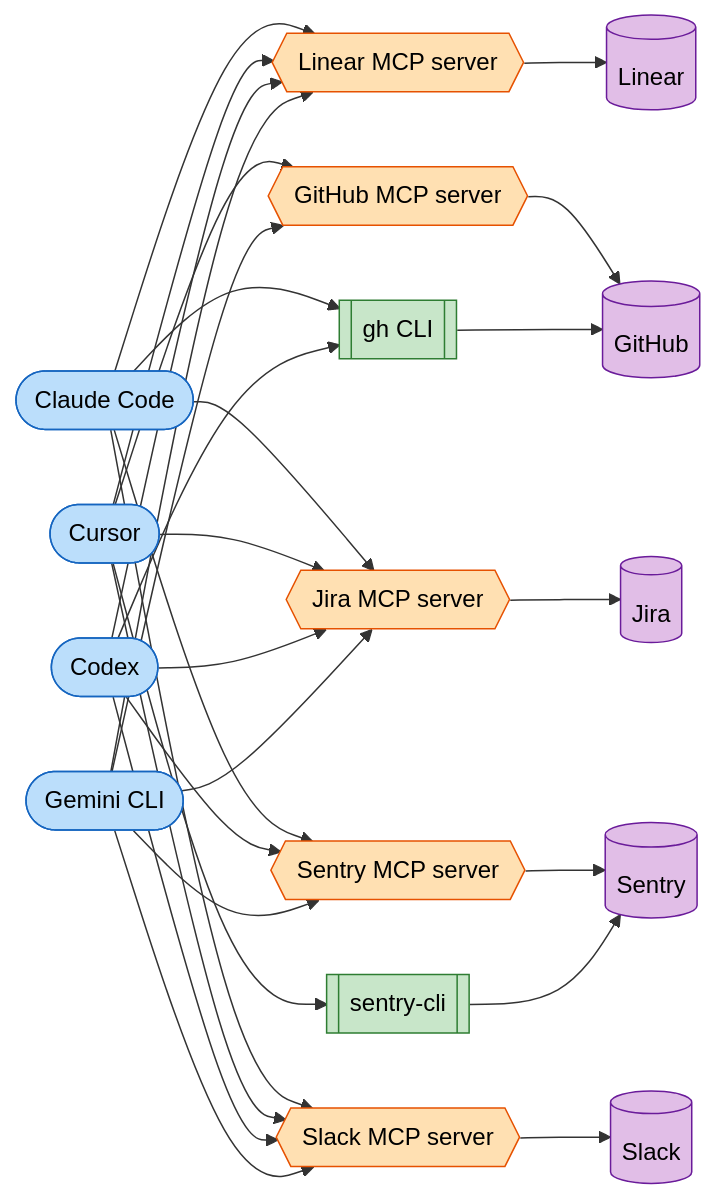
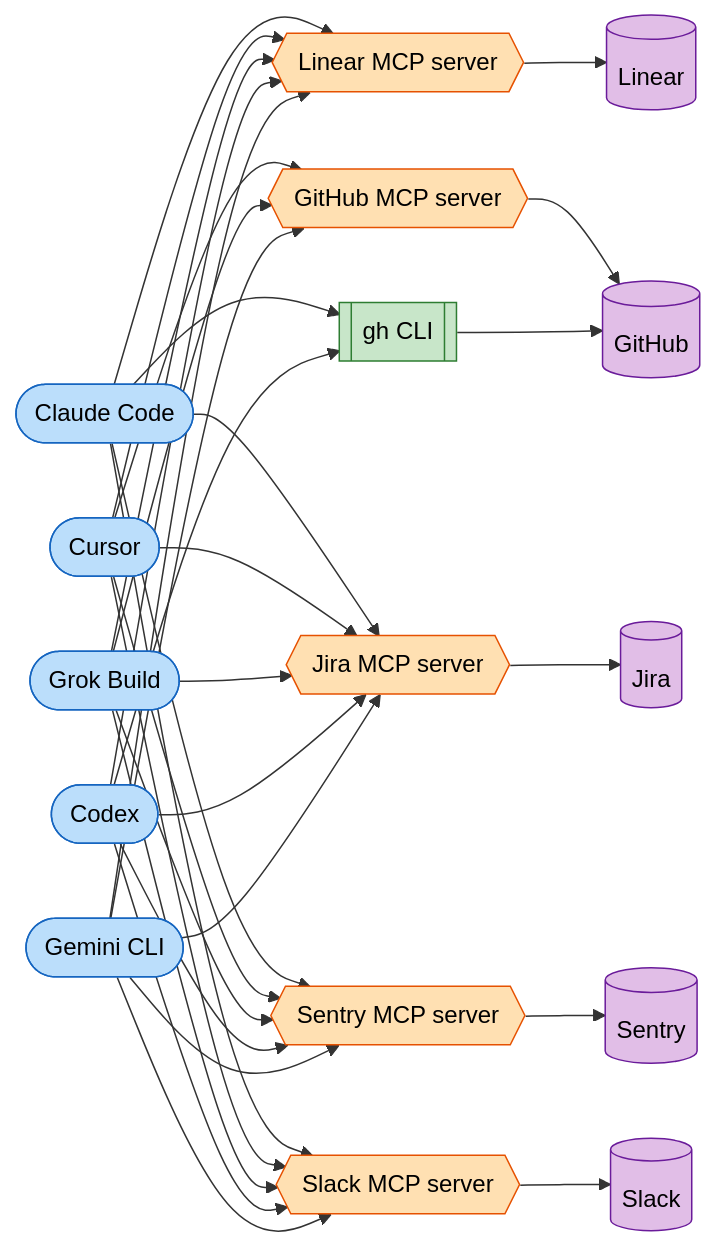
One commit to alephic-ai/foac changed the first of 2 diagrams in README.md. Above: the diagram before and after it, drawn with Mermaid. The commit also changed other lines of this file, not shown here.

Commit message:
docs: unify adapters and refresh harnesses in README diagrams (#77)
* docs: unify adapters and refresh harnesses in README diagrams

Every harness now uses the same adapters (gh CLI for GitHub, Sentry MCP
server for Sentry) in the before diagram, and Grok Build joins the
harness lineup.

* docs: vary GitHub adapters per harness in the before diagram

Some harnesses use the GitHub MCP server and others the gh CLI, to show
the adapter mix foac replaces.

````diff
--- a/README.md
+++ b/README.md
@@ -19,22 +19,22 @@
 ```mermaid
 graph LR
     CC([Claude Code]) --> LMCP & GHCLI & JMCP & SMCP & SLMCP
-    CU([Cursor]) --> LMCP & GHMCP & JMCP & SCLI & SLMCP
+    CU([Cursor]) --> LMCP & GHMCP & JMCP & SMCP & SLMCP
+    GRK([Grok Build]) --> LMCP & GHMCP & JMCP & SMCP & SLMCP
     CX([Codex]) --> LMCP & GHCLI & JMCP & SMCP & SLMCP
     GEM([Gemini CLI]) --> LMCP & GHMCP & JMCP & SMCP & SLMCP
     LMCP{{Linear MCP server}} --> Linear[(Linear)]
     GHMCP{{GitHub MCP server}} --> GitHub[(GitHub)]
     GHCLI[[gh CLI]] --> GitHub
     JMCP{{Jira MCP server}} --> Jira[(Jira)]
     SMCP{{Sentry MCP server}} --> Sentry[(Sentry)]
-    SCLI[[sentry-cli]] --> Sentry
     SLMCP{{Slack MCP server}} --> Slack[(Slack)]
     classDef harness fill:#bbdefb,stroke:#1565c0,color:#000
     classDef mcp fill:#ffe0b2,stroke:#e65100,color:#000
     classDef cli fill:#c8e6c9,stroke:#2e7d32,color:#000
     classDef provider fill:#e1bee7,stroke:#6a1b9a,color:#000
-    class CC,CU,CX,GEM harness
+    class CC,CU,GRK,CX,GEM harness
     class LMCP,GHMCP,JMCP,SMCP,SLMCP mcp
-    class GHCLI,SCLI cli
+    class GHCLI cli
     class Linear,GitHub,Jira,Sentry,Slack provider
 ```
````
